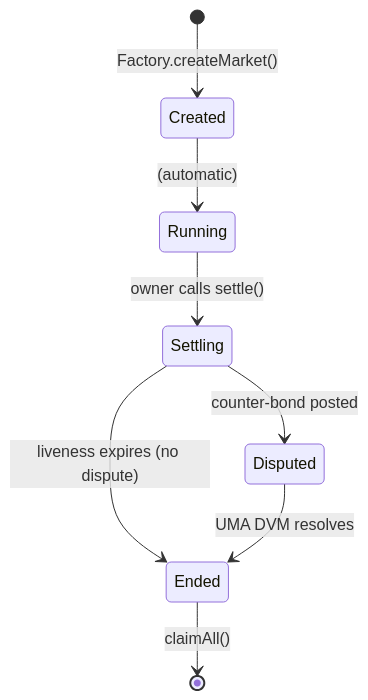
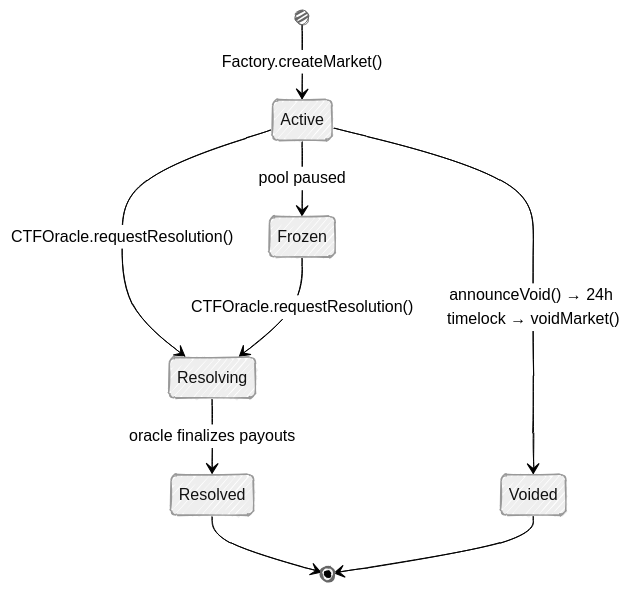
The second of 2 diagrams in contracts/overview.mdx (promethex2026/app-docs), drawn with Mermaid before and after one commit. The commit also changed other lines of this file and 14 other files, not shown here.

First line of the commit message:
docs: migrate Smart Contracts tab to V2 CTF architecture

````diff
--- a/contracts/overview.mdx
+++ b/contracts/overview.mdx
@@ -100,10 +123,16 @@
 ```mermaid
+---
+config:
+  look: handDrawn
+  theme: neutral
+---
 stateDiagram-v2
-    [*] --> Created : Factory.createMarket()
-    Created --> Running : (automatic)
-    Running --> Settling : owner calls settle()
-    Settling --> Ended : liveness expires (no dispute)
-    Settling --> Disputed : counter-bond posted
-    Disputed --> Ended : UMA DVM resolves
-    Ended --> [*] : claimAll()
+    [*] --> Active : Factory.createMarket()
+    Active --> Frozen : pool paused
+    Active --> Resolving : CTFOracle.requestResolution()
+    Frozen --> Resolving : CTFOracle.requestResolution()
+    Resolving --> Resolved : oracle finalizes payouts
+    Active --> Voided : announceVoid() → 24h timelock → voidMarket()
+    Resolved --> [*]
+    Voided --> [*]
 ```
````
